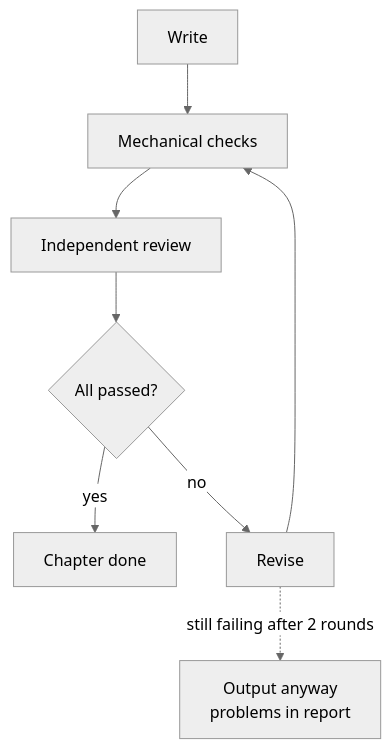
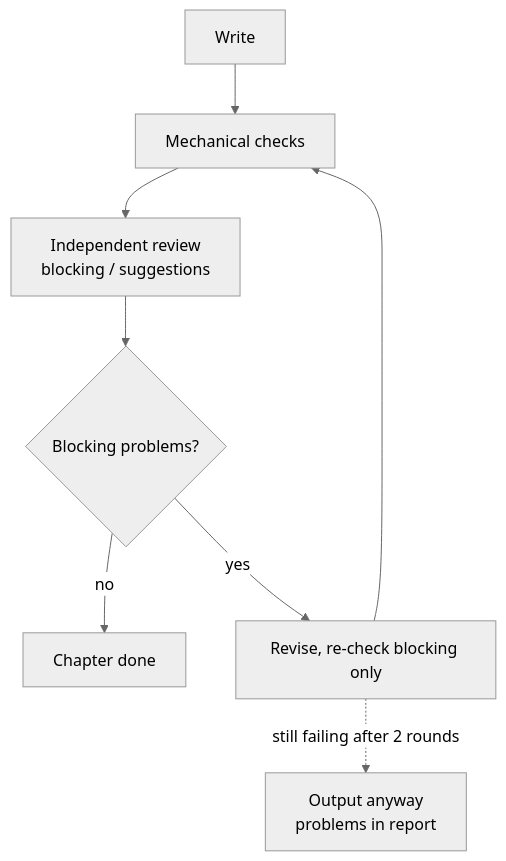
One commit to songyang8964/video-notes changed the seventh of 7 diagrams in README.en.md. Above: the diagram before and after it, drawn with Mermaid (neutral theme). The commit also changed other lines of this file and 23 other files, not shown here.

````diff
--- a/README.en.md
+++ b/README.en.md
@@ -472,10 +485,10 @@
 ```mermaid
 flowchart TD
     W["Write"] --> C["Mechanical checks"]
-    C --> R["Independent review"]
-    R --> J{"All passed?"}
-    J -- yes --> OK["Chapter done"]
-    J -- no --> F["Revise"]
+    C --> R["Independent review<br/>blocking / suggestions"]
+    R --> J{"Blocking problems?"}
+    J -- no --> OK["Chapter done"]
+    J -- yes --> F["Revise, re-check blocking only"]
     F --> C
     F -. still failing after 2 rounds .-> REP["Output anyway<br/>problems in report"]
 ```
````
